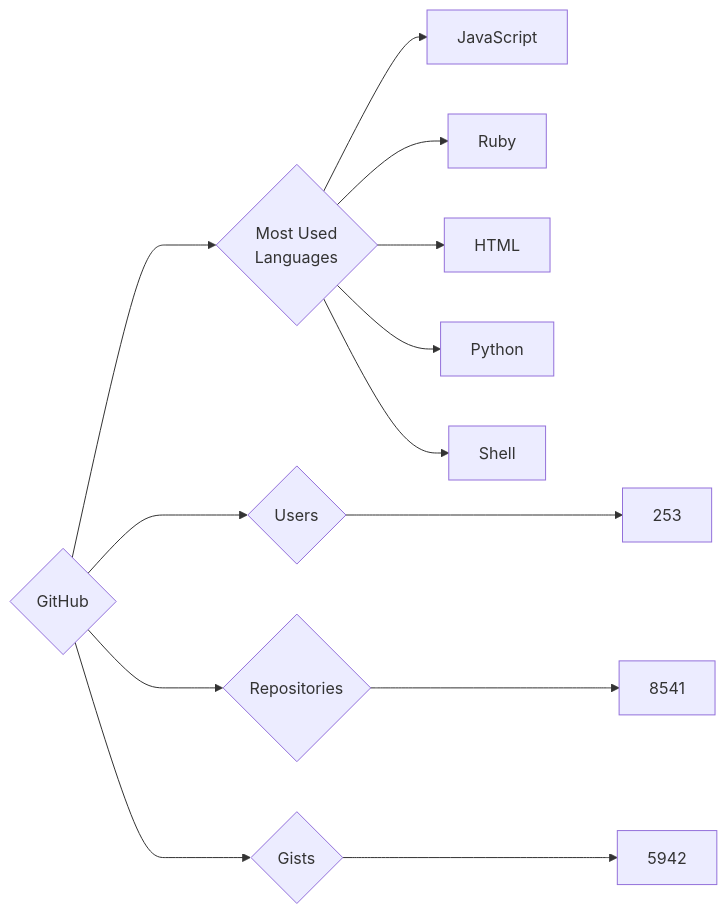
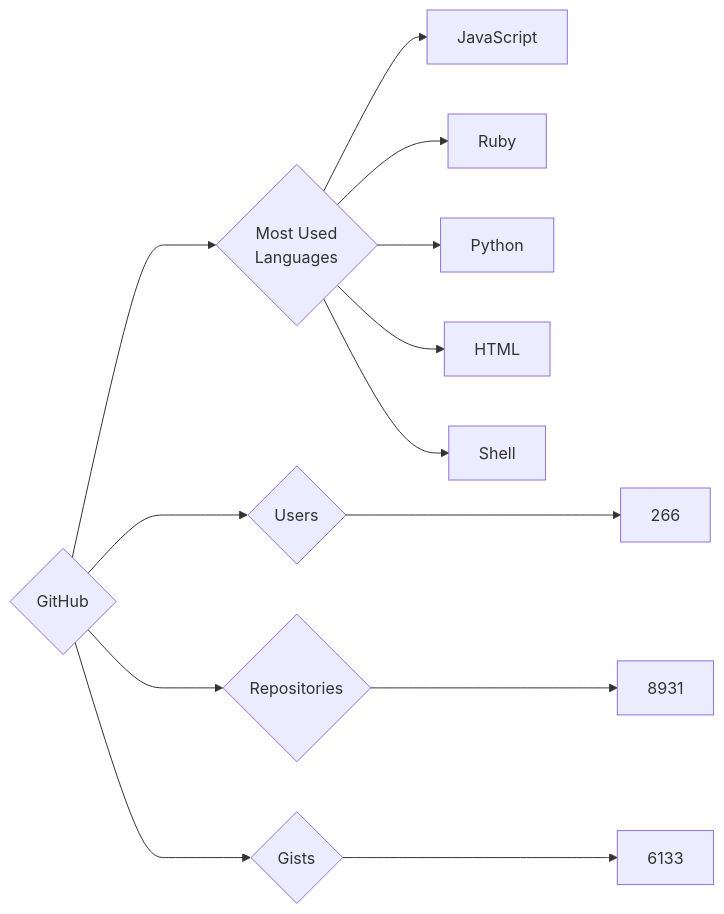
The diagram in targets/GitHub/README.md (trickest/insiders), drawn with Mermaid before and after one commit. The commit also changed 935 other files, not shown here.

````diff
--- a/targets/GitHub/README.md
+++ b/targets/GitHub/README.md
@@ -3,13 +3,13 @@
 ```mermaid
 graph LR
 COMPANY_NAME{GitHub}
-COMPANY_NAME ---> U{Users} ---> UN[253]
-COMPANY_NAME ---> R{Repositories} ---> RN[8541]
-COMPANY_NAME ---> G{Gists} ---> GN[5942]
+COMPANY_NAME ---> U{Users} ---> UN[266]
+COMPANY_NAME ---> R{Repositories} ---> RN[8931]
+COMPANY_NAME ---> G{Gists} ---> GN[6133]
 COMPANY_NAME ---> ML{Most Used<br>Languages}
 ML --> JavaScript[JavaScript]
 ML --> Ruby[Ruby]
+ML --> Python[Python]
 ML --> HTML[HTML]
-ML --> Python[Python]
 ML --> Shell[Shell]
 ```
````
